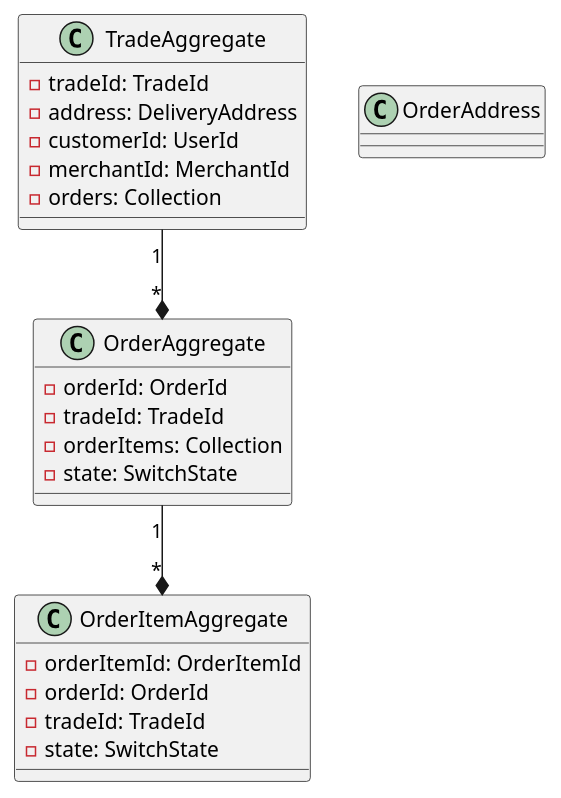
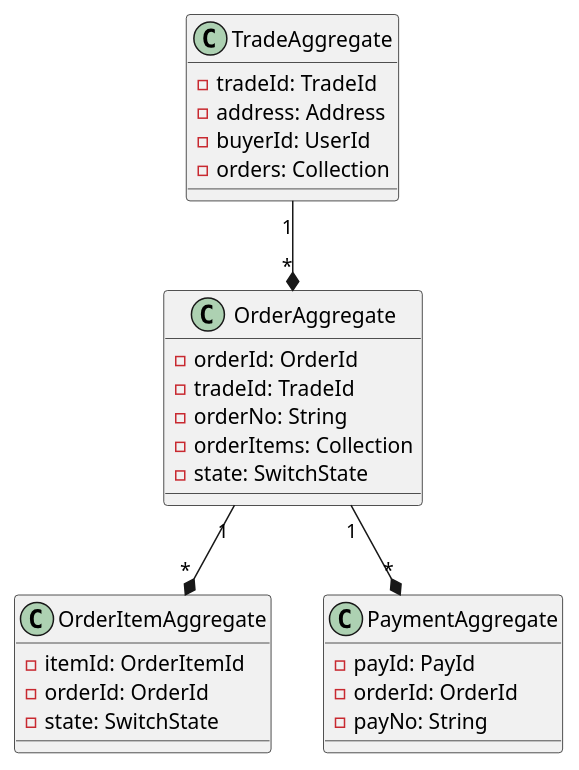
One commit to xgyb12458/dm-platform changed the diagram in documents/dm-order/order_cls_core.puml. Above: the diagram before and after it, drawn with PlantUML. The commit also changed 8 other files, not shown here.

```diff
--- a/documents/dm-order/order_cls_core.puml
+++ b/documents/dm-order/order_cls_core.puml
@@ -1,29 +1,31 @@
 @startuml 订单管理
 
 class TradeAggregate {
     - tradeId: TradeId
-    - address: DeliveryAddress
-    - customerId: UserId
-    - merchantId: MerchantId
+    - address: Address
+    - buyerId: UserId
     - orders: Collection
 }
 class OrderAggregate {
     - orderId: OrderId
     - tradeId: TradeId
+    - orderNo: String
     - orderItems: Collection
     - state: SwitchState
 }
 class OrderItemAggregate {
-    - orderItemId: OrderItemId
+    - itemId: OrderItemId
     - orderId: OrderId
-    - tradeId: TradeId
     - state: SwitchState
 }
-
-class OrderAddress {
+class PaymentAggregate {
+    - payId: PayId
+    - orderId: OrderId
+    - payNo: String
 }
 
 TradeAggregate "1"--*"*" OrderAggregate
 OrderAggregate "1"--*"*" OrderItemAggregate
+OrderAggregate "1"--*"*" PaymentAggregate
 
 @enduml
```
